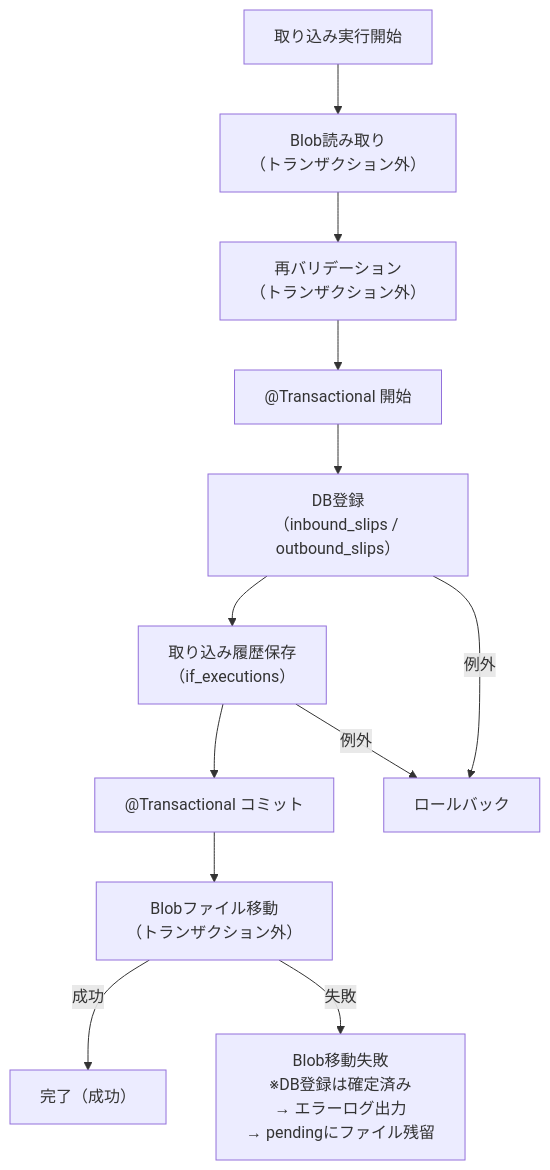
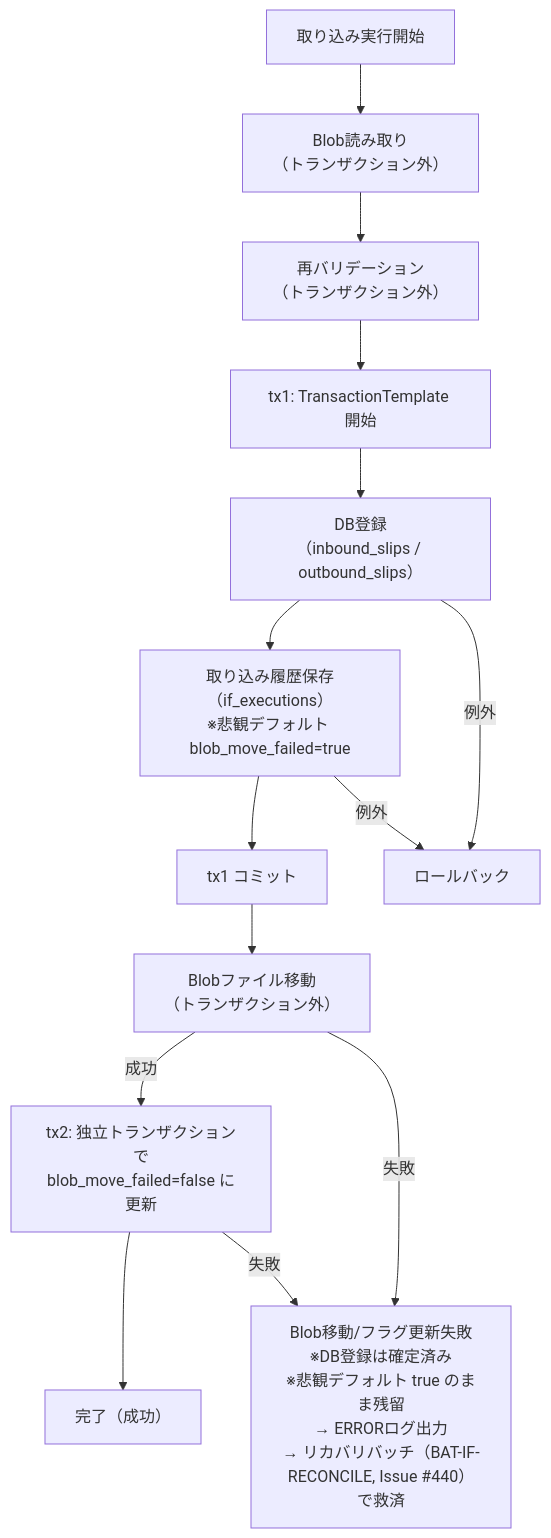
The fifth of 6 diagrams in docs/architecture-design/09-interface-architecture.md (hidefumiagata/wms), drawn with Mermaid before and after one commit. The commit also changed other lines of this file and 3 other files, not shown here.

````diff
--- a/docs/architecture-design/09-interface-architecture.md
+++ b/docs/architecture-design/09-interface-architecture.md
@@ -491,21 +491,23 @@
 ```mermaid
 flowchart TD
     START["取り込み実行開始"]
-    BLOB_READ["Blob読み取り\n（トランザクション外）"]
-    VALIDATE["再バリデーション\n（トランザクション外）"]
-    TX_START["@Transactional 開始"]
-    DB_INSERT["DB登録\n（inbound_slips / outbound_slips）"]
-    HISTORY["取り込み履歴保存\n（if_executions）"]
-    TX_COMMIT["@Transactional コミット"]
-    BLOB_MOVE["Blobファイル移動\n（トランザクション外）"]
+    BLOB_READ["Blob読み取り<br/>（トランザクション外）"]
+    VALIDATE["再バリデーション<br/>（トランザクション外）"]
+    TX1_START["tx1: TransactionTemplate 開始"]
+    DB_INSERT["DB登録<br/>（inbound_slips / outbound_slips）"]
+    HISTORY["取り込み履歴保存<br/>（if_executions）<br/>※悲観デフォルト blob_move_failed=true"]
+    TX1_COMMIT["tx1 コミット"]
+    BLOB_MOVE["Blobファイル移動<br/>（トランザクション外）"]
+    TX2["tx2: 独立トランザクションで<br/>blob_move_failed=false に更新"]
     END_OK["完了（成功）"]
     ROLLBACK["ロールバック"]
-    BLOB_MOVE_FAIL["Blob移動失敗\n※DB登録は確定済み\n→ エラーログ出力\n→ pendingにファイル残留"]
+    BLOB_MOVE_FAIL["Blob移動/フラグ更新失敗<br/>※DB登録は確定済み<br/>※悲観デフォルト true のまま残留<br/>→ ERRORログ出力<br/>→ リカバリバッチ（BAT-IF-RECONCILE, Issue #440）で救済"]
 
-    START --> BLOB_READ --> VALIDATE --> TX_START --> DB_INSERT --> HISTORY --> TX_COMMIT
-    TX_COMMIT --> BLOB_MOVE
-    BLOB_MOVE -->|成功| END_OK
+    START --> BLOB_READ --> VALIDATE --> TX1_START --> DB_INSERT --> HISTORY --> TX1_COMMIT
+    TX1_COMMIT --> BLOB_MOVE
+    BLOB_MOVE -->|成功| TX2 --> END_OK
     BLOB_MOVE -->|失敗| BLOB_MOVE_FAIL
+    TX2 -->|失敗| BLOB_MOVE_FAIL
     DB_INSERT -->|例外| ROLLBACK
     HISTORY -->|例外| ROLLBACK
 ```
````
